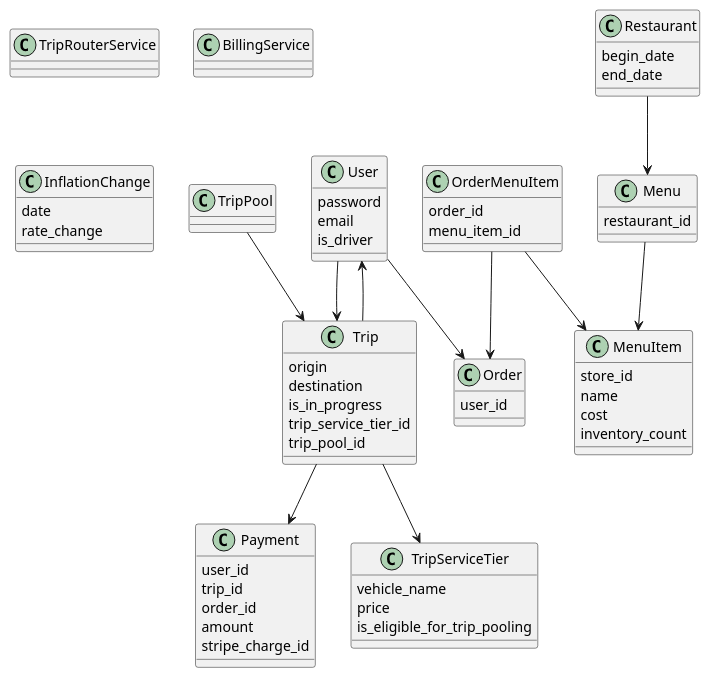
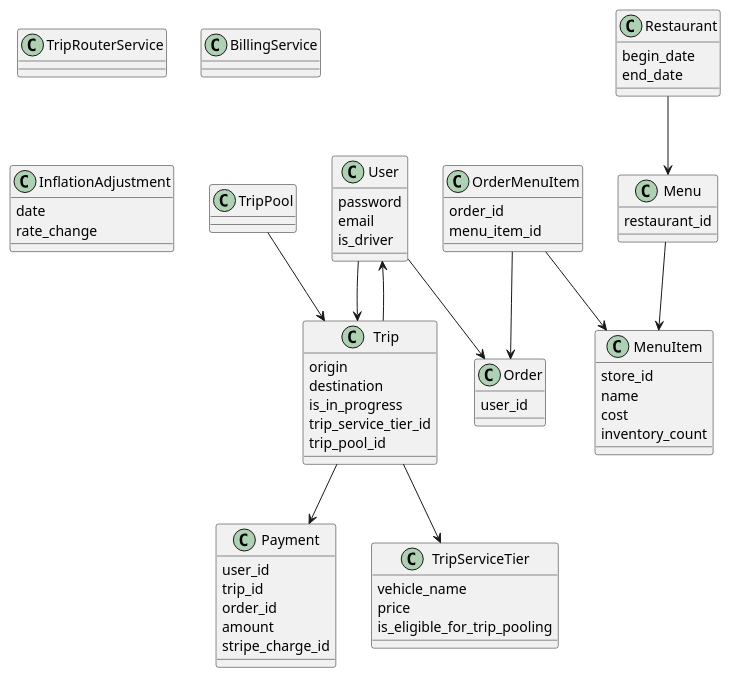
One commit to andrewhao/dddrail-talk changed the diagram in diagrams/4-delorean-eats.plantuml. Above: the diagram before and after it, drawn with PlantUML. The commit also changed 3 other files, not shown here.

```diff
--- a/diagrams/4-delorean-eats.plantuml
+++ b/diagrams/4-delorean-eats.plantuml
@@ -1,85 +1,85 @@
 @startuml
 skinparam shadowing false
 
 class User {
   password
   email
   is_driver
 }
 
 class Trip {
   origin
   destination
   is_in_progress
   trip_service_tier_id
   trip_pool_id
 }
 
 class TripPool {
 }
 
 class TripRouterService {
 }
 
 class BillingService {
 }
 
 class Payment {
   user_id
   trip_id
   order_id
   amount
   stripe_charge_id
 }
 
 class TripServiceTier {
   vehicle_name
   price
   is_eligible_for_trip_pooling
 }
 
 class Order {
   user_id
 }
 
 User --> Order
 
 class OrderMenuItem {
   order_id
   menu_item_id
 }
 
 
 class Restaurant {
   begin_date
   end_date
 }
 
 class Menu {
   restaurant_id
 }
 
 class MenuItem {
   store_id
   name
   cost
   inventory_count
 }
 
-class InflationChange {
+class InflationAdjustment {
   date
   rate_change
 }
 
 OrderMenuItem --> Order
 OrderMenuItem --> MenuItem
 Restaurant --> Menu
 Menu --> MenuItem
 
 User --> Trip
 Trip --> User
 Trip --> Payment
 Trip --> TripServiceTier
 TripPool --> Trip
 
 @enduml
```
